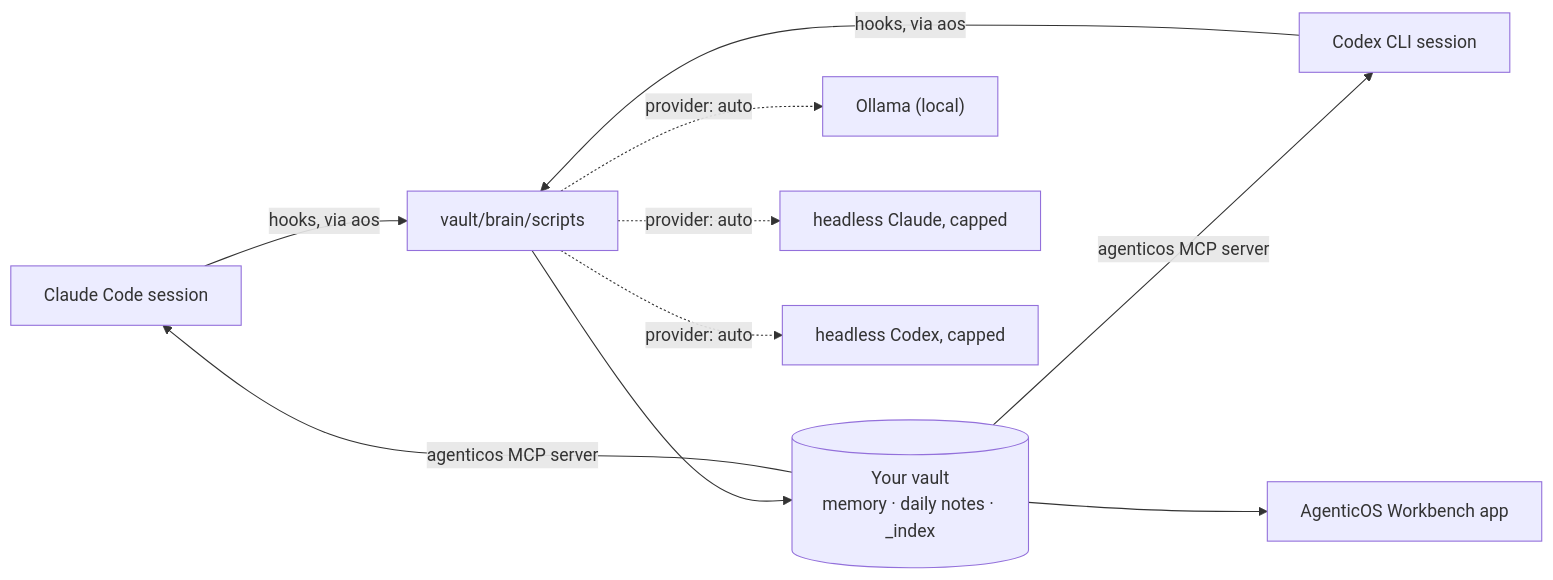
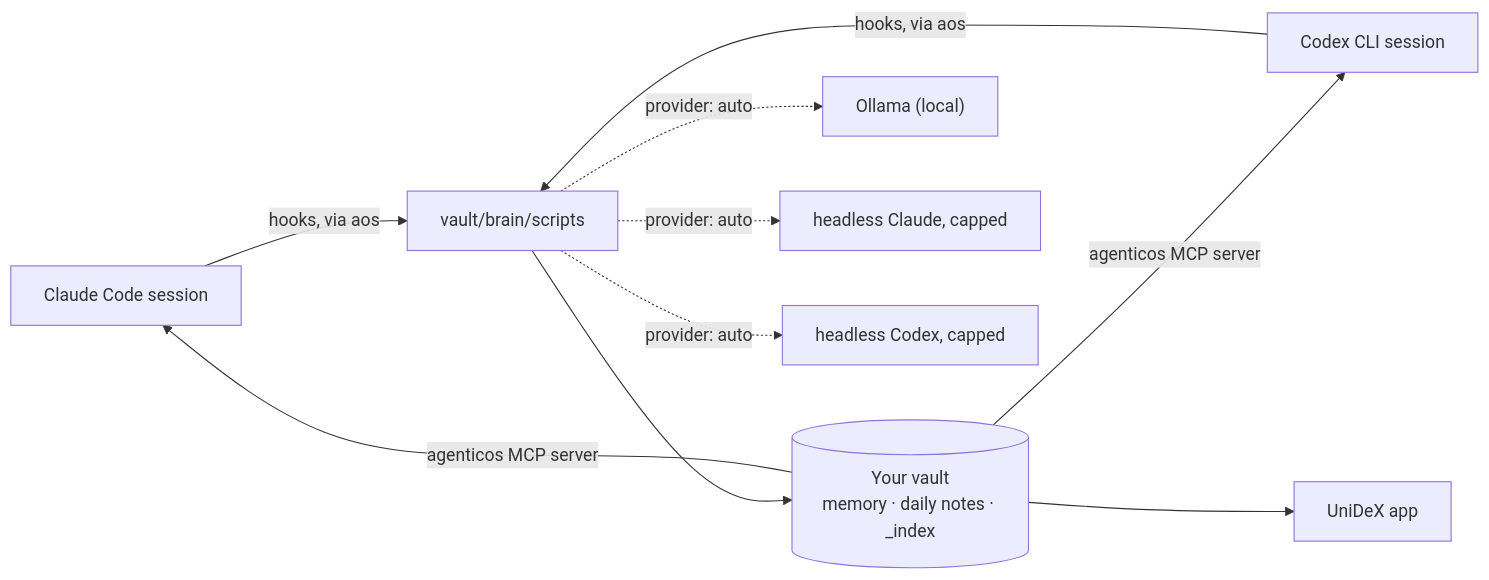
The second of 2 diagrams in README.md (zzoretich/AgenticOS-Workbench), drawn with Mermaid before and after one commit. The commit also changed other lines of this file and 74 other files, not shown here.

First line of the commit message:
feat(app): the app is UniDeX, with the UDX mark in the menu bar (#86)

````diff
--- a/README.md
+++ b/README.md
@@ -496,12 +499,12 @@
 ```mermaid
 flowchart LR
   CC["Claude Code session"] -- "hooks, via aos" --> RT["vault/brain/scripts"]
   CX["Codex CLI session"] -- "hooks, via aos" --> RT
   RT --> V[("Your vault<br/>memory · daily notes · _index")]
   V -- "agenticos MCP server" --> CC
   V -- "agenticos MCP server" --> CX
-  V --> HUD["AgenticOS Workbench app"]
+  V --> HUD["UniDeX app"]
   RT -. "provider: auto" .-> OL["Ollama (local)"]
   RT -. "provider: auto" .-> HC["headless Claude, capped"]
   RT -. "provider: auto" .-> HX["headless Codex, capped"]
 ```
````
